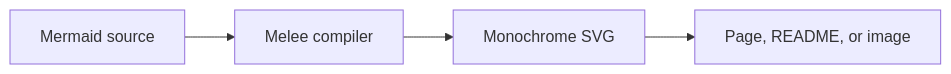
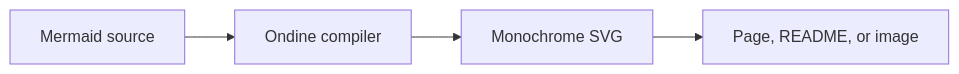
The diagram in site/src/pages/index.mdx (decofe/ondine), drawn with Mermaid before and after one commit. The commit also changed other lines of this file and 200 other files, not shown here.

Commit message:
chore: rename melee to ondine

````diff
--- a/site/src/pages/index.mdx
+++ b/site/src/pages/index.mdx
@@ -9,6 +9,6 @@
 ```mermaid
 flowchart LR
-  mmd[Mermaid source] --> melee[Melee compiler]
-  melee --> svg[Monochrome SVG]
+  mmd[Mermaid source] --> ondine[Ondine compiler]
+  ondine --> svg[Monochrome SVG]
   svg --> page[Page, README, or image]
 ```
````
